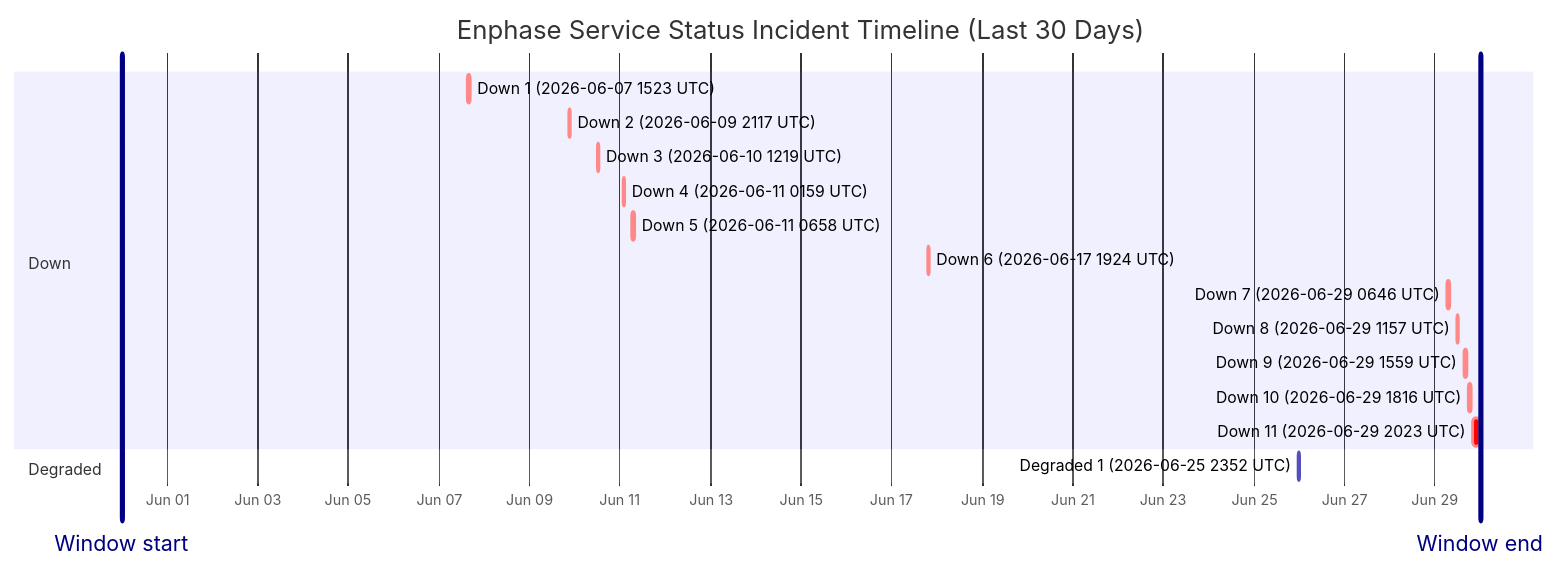
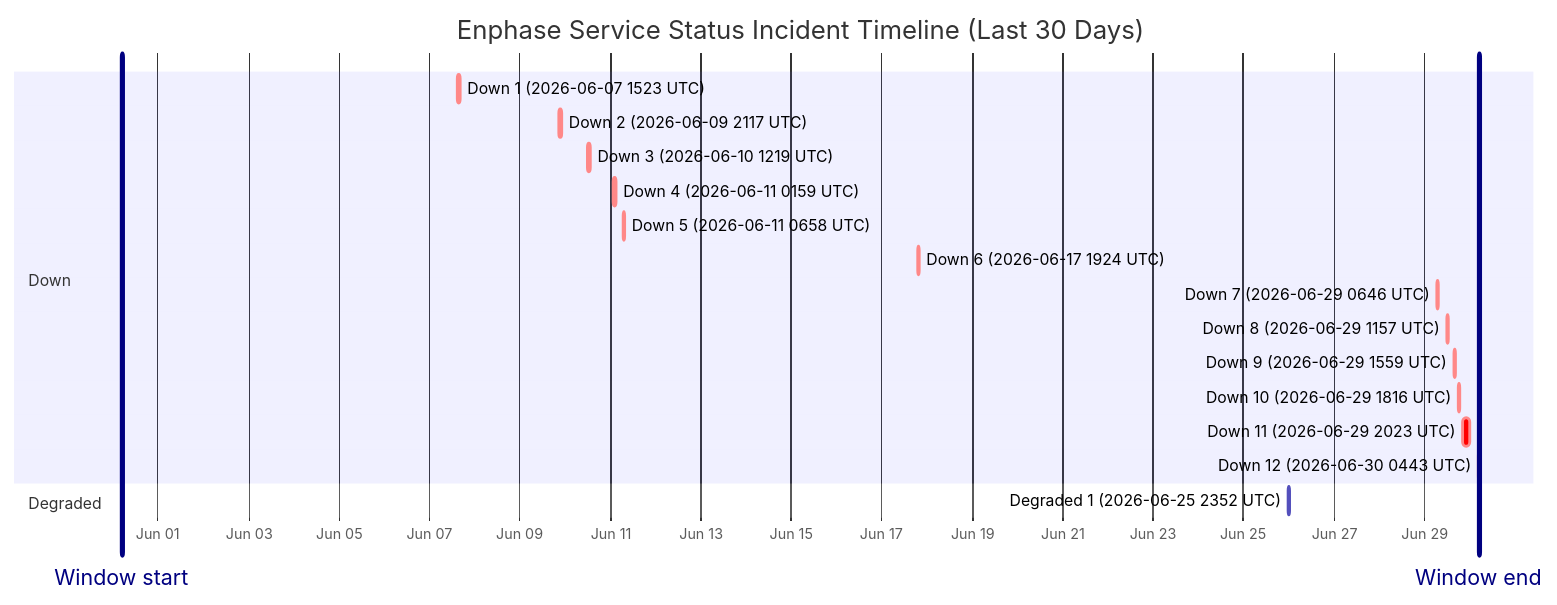
One commit to barneyonline/ha-enphase-energy changed the diagram in wiki/Service-Status-History.md. Above: the diagram before and after it, drawn with Mermaid. The commit also changed other lines of this file and 3 other files, not shown here.

````diff
--- a/wiki/Service-Status-History.md
+++ b/wiki/Service-Status-History.md
@@ -14,22 +14,23 @@
 ```mermaid
 gantt
     title Enphase Service Status Incident Timeline (Last 30 Days)
     dateFormat  YYYY-MM-DDTHH:mm:ss
     axisFormat  %b %d
-    Window start :vert, window-start, 2026-05-31T00:03:59, 0ms
-    Window end :vert, window-end, 2026-06-30T00:03:59, 0ms
+    Window start :vert, window-start, 2026-05-31T04:43:54, 0ms
+    Window end :vert, window-end, 2026-06-30T04:43:54, 0ms
     section Down
     Down 1 (2026-06-07 1523 UTC) :crit, down-1, 2026-06-07T15:23:22, 87m
     Down 2 (2026-06-09 2117 UTC) :crit, down-2, 2026-06-09T21:17:17, 60m
     Down 3 (2026-06-10 1219 UTC) :crit, down-3, 2026-06-10T12:19:21, 60m
     Down 4 (2026-06-11 0159 UTC) :crit, down-4, 2026-06-11T01:59:36, 60m
     Down 5 (2026-06-11 0658 UTC) :crit, down-5, 2026-06-11T06:58:45, 60m
     Down 6 (2026-06-17 1924 UTC) :crit, down-6, 2026-06-17T19:24:51, 60m
     Down 7 (2026-06-29 0646 UTC) :crit, down-7, 2026-06-29T06:46:18, 60m
     Down 8 (2026-06-29 1157 UTC) :crit, down-8, 2026-06-29T11:57:36, 60m
     Down 9 (2026-06-29 1559 UTC) :crit, down-9, 2026-06-29T15:59:02, 60m
     Down 10 (2026-06-29 1816 UTC) :crit, down-10, 2026-06-29T18:16:38, 60m
     Down 11 (2026-06-29 2023 UTC) :crit, down-11, 2026-06-29T20:23:16, 220m
+    Down 12 (2026-06-30 0443 UTC) :crit, down-12, 2026-06-30T04:43:54, 60m
     section Degraded
     Degraded 1 (2026-06-25 2352 UTC) :active, degraded-1, 2026-06-25T23:52:01, 60m
 ```
````
